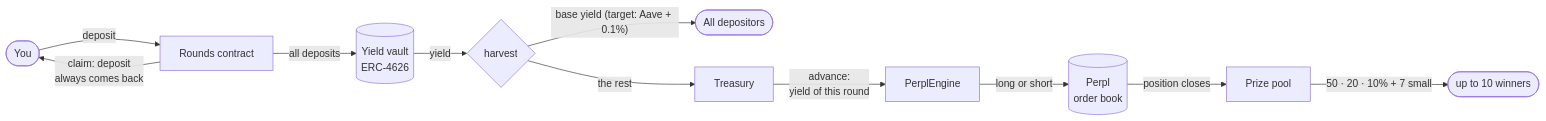
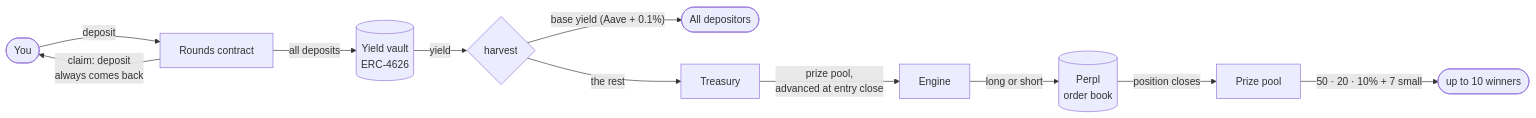
The first of 2 diagrams in README.md (kovdanielgh/rounds), drawn with Mermaid before and after one commit. The commit also changed other lines of this file and 1 other file, not shown here.

````diff
--- a/README.md
+++ b/README.md
@@ -25,13 +13,13 @@
 ```mermaid
 flowchart LR
     U(["You"]) -- "deposit" --> R["Rounds contract"]
     R -- "all deposits" --> V[("Yield vault<br/>ERC-4626")]
     V -- "yield" --> H{"harvest"}
-    H -- "base yield (target: Aave + 0.1%)" --> D(["All depositors"])
+    H -- "base yield (Aave + 0.1%)" --> D(["All depositors"])
     H -- "the rest" --> T["Treasury"]
-    T -- "advance:<br/>yield of this round" --> E["PerplEngine"]
+    T -- "prize pool,<br/>advanced at entry close" --> E["Engine"]
     E -- "long or short" --> P[("Perpl<br/>order book")]
     P -- "position closes" --> Pot["Prize pool"]
     Pot -- "50 · 20 · 10% + 7 small" --> W(["up to 10 winners"])
     R -- "claim: deposit<br/>always comes back" --> U
 ```
````
